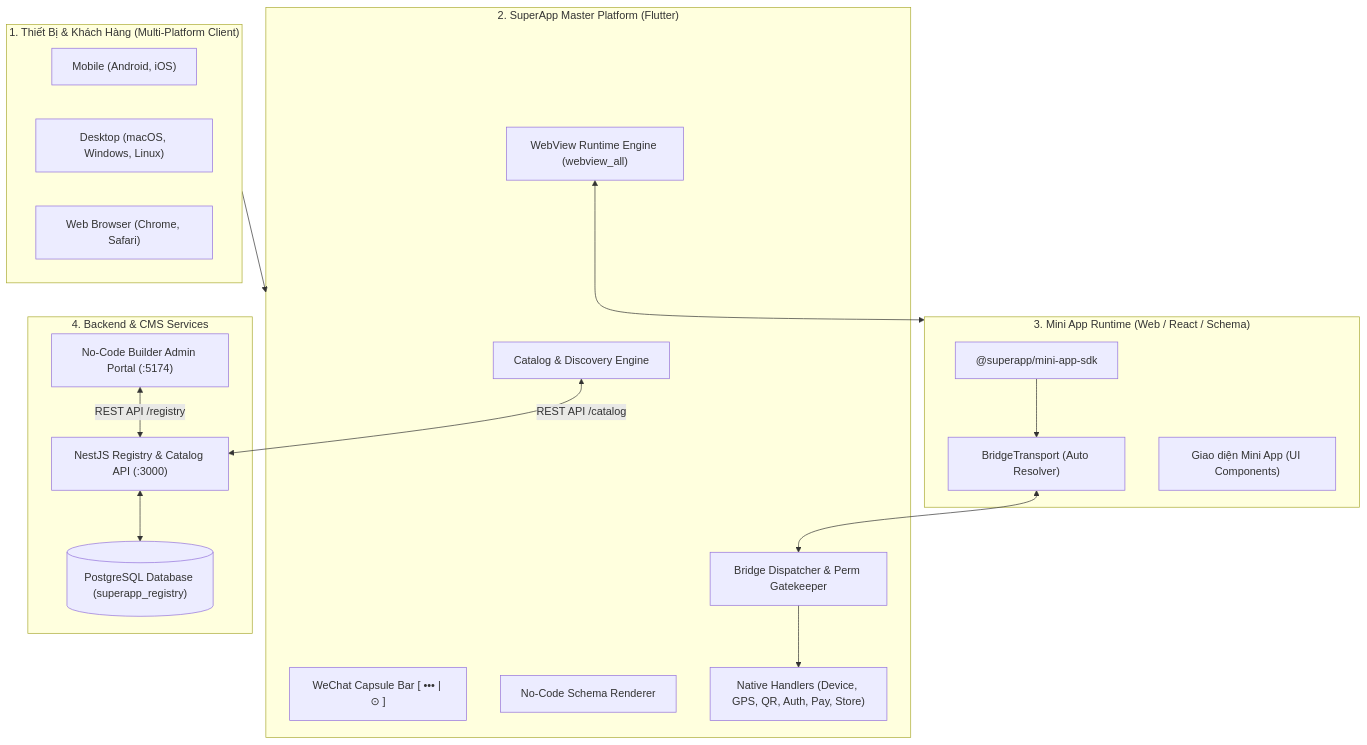
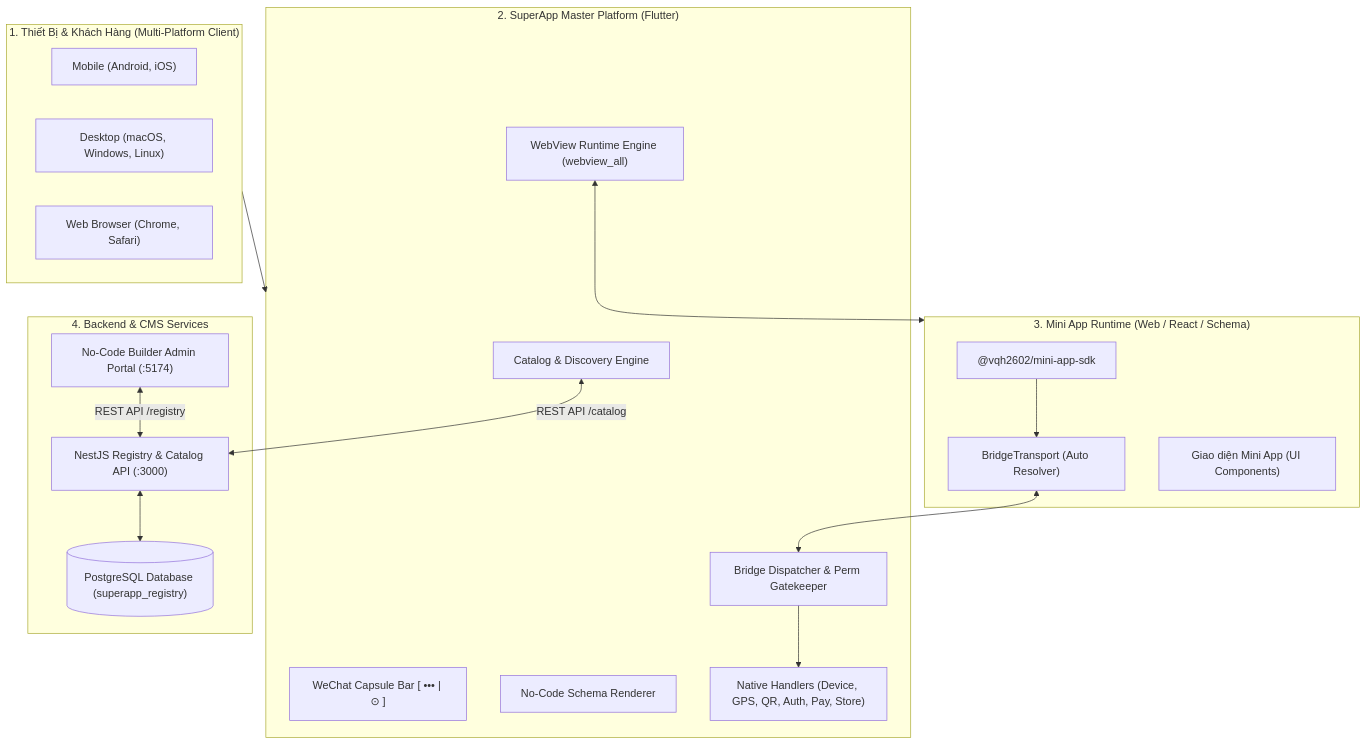
Before and after one commit to vqh2602/superapp_platform: the diagram in README.md, drawn with Mermaid. The commit also changed other lines of this file and 201 other files, not shown here.

Commit message:
feat: add animations, backend endpoint selector, and update mini-app SDK tools

````diff
--- a/README.md
+++ b/README.md
@@ -53,39 +53,39 @@
 ```mermaid
 flowchart TB
     subgraph ClientDevices["1. Thiết Bị & Khách Hàng (Multi-Platform Client)"]
         MobileApp["Mobile (Android, iOS)"]
         DesktopApp["Desktop (macOS, Windows, Linux)"]
         WebApp["Web Browser (Chrome, Safari)"]
     end
 
     subgraph FlutterShell["2. SuperApp Master Platform (Flutter)"]
         CatalogModule["Catalog & Discovery Engine"]
         CapsuleBar["WeChat Capsule Bar [ ••• | ⊙ ]"]
         WebViewRuntime["WebView Runtime Engine (webview_all)"]
         SchemaEngine["No-Code Schema Renderer"]
         BridgeDispatcher["Bridge Dispatcher & Perm Gatekeeper"]
         NativeHandlers["Native Handlers (Device, GPS, QR, Auth, Pay, Store)"]
     end
 
     subgraph MiniAppSandbox["3. Mini App Runtime (Web / React / Schema)"]
-        SDK["@superapp/mini-app-sdk"]
+        SDK["@vqh2602/mini-app-sdk"]
         Transport["BridgeTransport (Auto Resolver)"]
         MiniAppView["Giao diện Mini App (UI Components)"]
     end
 
     subgraph BackendServices["4. Backend & CMS Services"]
         NestServer["NestJS Registry & Catalog API (:3000)"]
         PostgresDB[("PostgreSQL Database (superapp_registry)")]
         BuilderCMS["No-Code Builder Admin Portal (:5174)"]
     end
 
     ClientDevices --> FlutterShell
     WebViewRuntime <--> MiniAppSandbox
     SDK --> Transport
     Transport <--> BridgeDispatcher
     BridgeDispatcher --> NativeHandlers
 
     CatalogModule <-->|REST API /catalog| NestServer
     BuilderCMS <-->|REST API /registry| NestServer
     NestServer <--> PostgresDB
 ```
````
